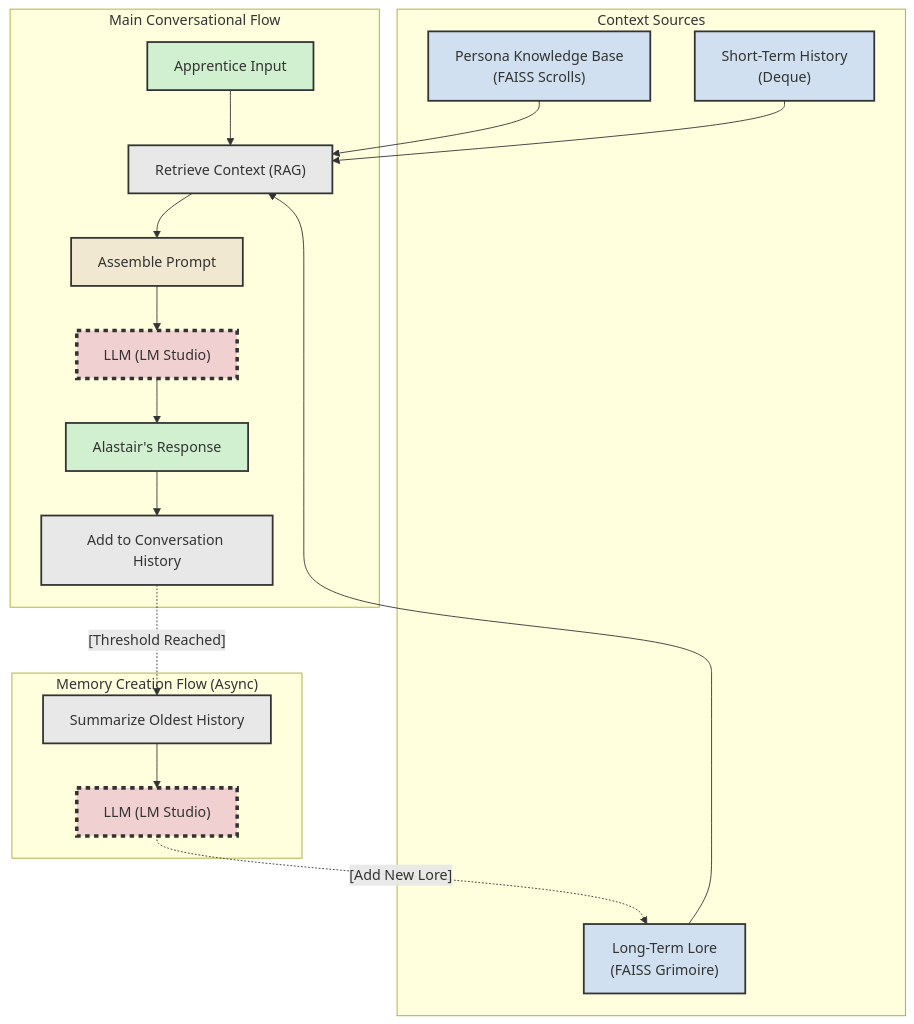
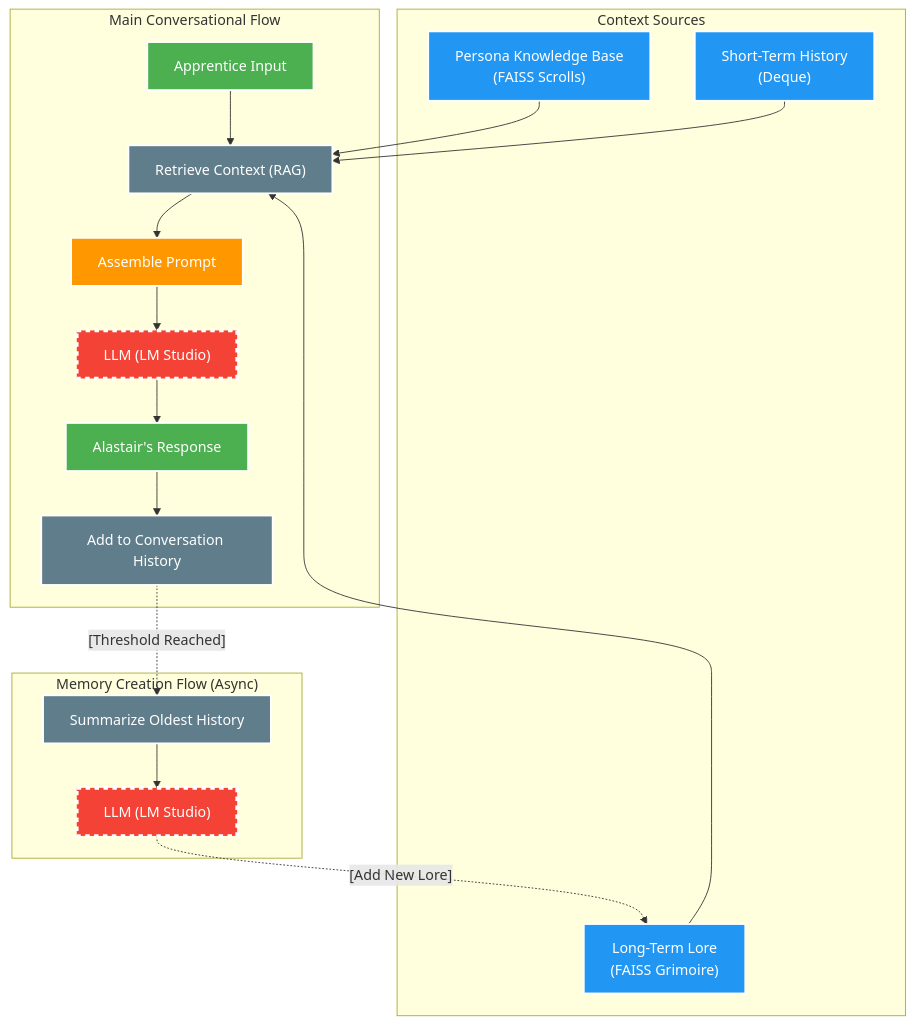
The diagram in README.md (Perseus-101/Alastair), drawn with Mermaid before and after one commit.

````diff
--- a/README.md
+++ b/README.md
@@ -22,35 +22,35 @@
 ```mermaid
 graph TD
     subgraph "Main Conversational Flow"
         UserInput["Apprentice Input"] --> RAG["Retrieve Context (RAG)"];
         RAG --> Prompt["Assemble Prompt"];
         Prompt --> LLM_Main["LLM (LM Studio)"];
         LLM_Main --> Response["Alastair's Response"];
         Response --> AddToHistory["Add to Conversation History"];
     end
 
     subgraph "Context Sources"
         PersonaKB["Persona Knowledge Base<br>(FAISS Scrolls)"] --> RAG;
         LongTerm["Long-Term Lore<br>(FAISS Grimoire)"] --> RAG;
         ShortTerm["Short-Term History<br>(Deque)"] --> RAG;
     end
 
     subgraph "Memory Creation Flow (Async)"
         AddToHistory -.->|"[Threshold Reached]"| Summarizer["Summarize Oldest History"];
         Summarizer --> LLM_Summarize["LLM (LM Studio)"];
         LLM_Summarize -.->|"[Add New Lore]"| LongTerm;
     end
 
-    %% Style Definitions
-    style UserInput fill:#D0F0D0,stroke:#333,stroke-width:2px
-    style Response fill:#D0F0D0,stroke:#333,stroke-width:2px
-    style RAG fill:#E8E8E8,stroke:#333,stroke-width:2px
-    style Prompt fill:#F0E8D0,stroke:#333,stroke-width:2px
-    style AddToHistory fill:#E8E8E8,stroke:#333,stroke-width:2px
-    style Summarizer fill:#E8E8E8,stroke:#333,stroke-width:2px
-    style PersonaKB fill:#D0E0F0,stroke:#333,stroke-width:2px
-    style LongTerm fill:#D0E0F0,stroke:#333,stroke-width:2px
-    style ShortTerm fill:#D0E0F0,stroke:#333,stroke-width:2px
-    style LLM_Main fill:#F0D0D0,stroke:#333,stroke-width:4px,stroke-dasharray: 5 5
-    style LLM_Summarize fill:#F0D0D0,stroke:#333,stroke-width:4px,stroke-dasharray: 5 5
+    %% Style Definitions - Dark Mode Optimized
+    style UserInput fill:#4CAF50,stroke:#fff,stroke-width:2px,color:#fff
+    style Response fill:#4CAF50,stroke:#fff,stroke-width:2px,color:#fff
+    style RAG fill:#607D8B,stroke:#fff,stroke-width:2px,color:#fff
+    style Prompt fill:#FF9800,stroke:#fff,stroke-width:2px,color:#fff
+    style AddToHistory fill:#607D8B,stroke:#fff,stroke-width:2px,color:#fff
+    style Summarizer fill:#607D8B,stroke:#fff,stroke-width:2px,color:#fff
+    style PersonaKB fill:#2196F3,stroke:#fff,stroke-width:2px,color:#fff
+    style LongTerm fill:#2196F3,stroke:#fff,stroke-width:2px,color:#fff
+    style ShortTerm fill:#2196F3,stroke:#fff,stroke-width:2px,color:#fff
+    style LLM_Main fill:#F44336,stroke:#fff,stroke-width:4px,stroke-dasharray:5 5,color:#fff
+    style LLM_Summarize fill:#F44336,stroke:#fff,stroke-width:4px,stroke-dasharray:5 5,color:#fff
 ```
````
